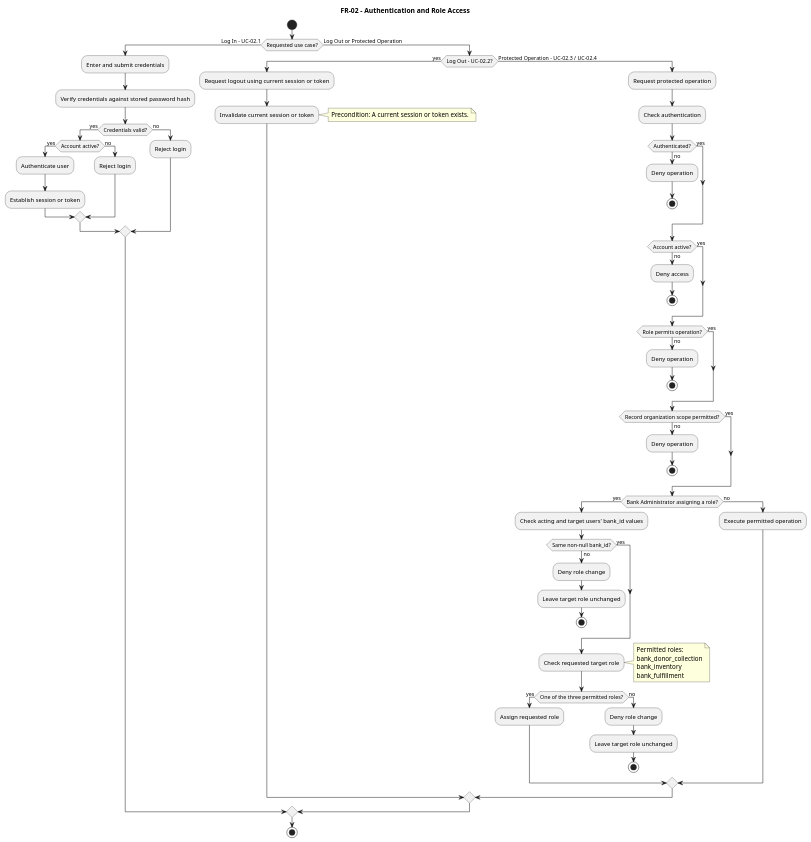
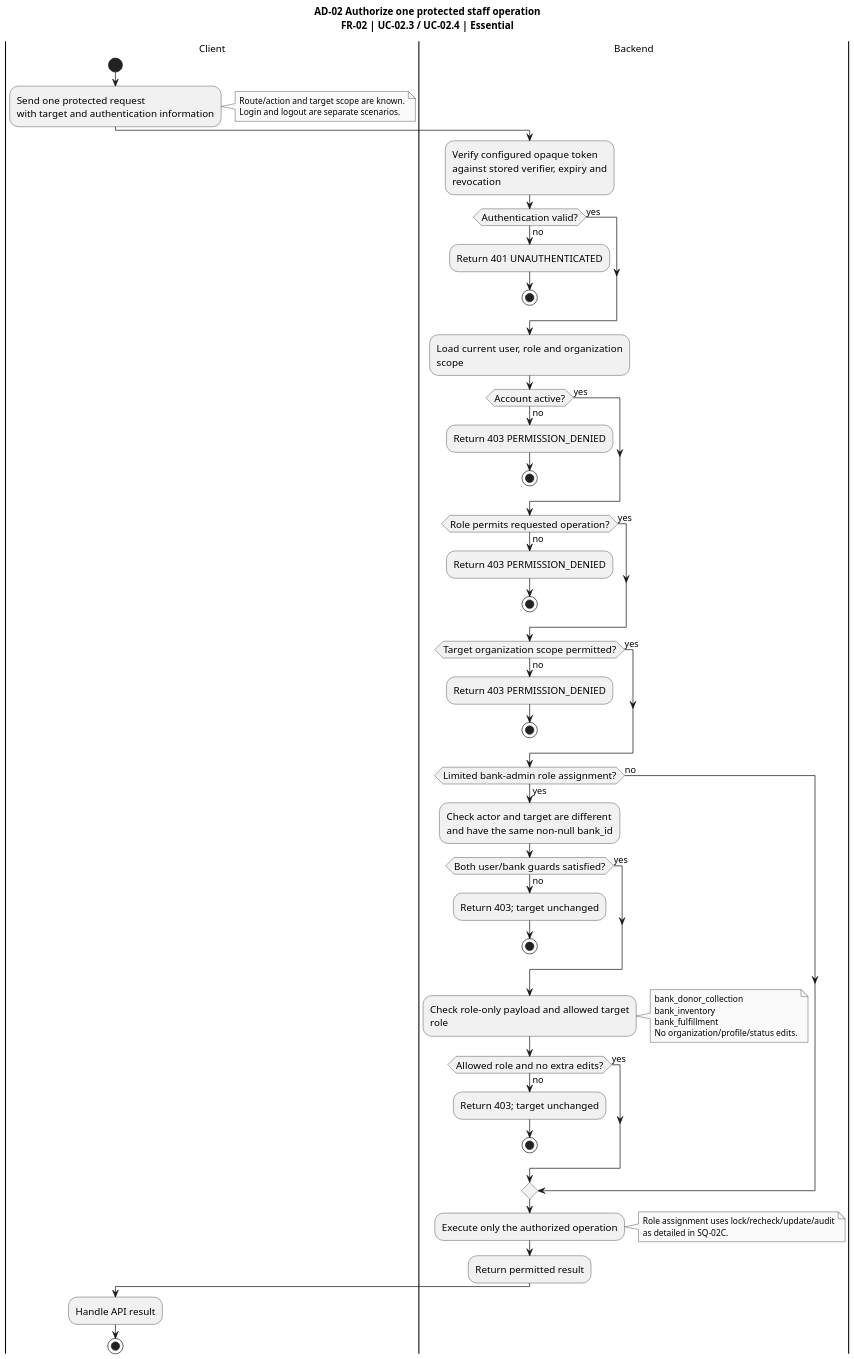
One commit to TitanDevX/BloodBankPlatformUni changed the diagram in docs/uml/Activity/AD-02-AccessCheck.puml. Above: the diagram before and after it, drawn with PlantUML. The commit also changed 42 other files, not shown here.

Commit message:
Update FR-01 and FR-02 UML documentation

```diff
--- a/docs/uml/Activity/AD-02-AccessCheck.puml
+++ b/docs/uml/Activity/AD-02-AccessCheck.puml
@@ -1,75 +1,70 @@
-@startuml FR02_Identity_Activity
-title FR-02 - Authentication and Role Access
+@startuml AD02_Authorize
+title AD-02 Authorize one protected staff operation\nFR-02 | UC-02.3 / UC-02.4 | Essential
+skinparam monochrome true
+skinparam shadowing false
+skinparam defaultFontName Arial
+skinparam defaultFontSize 14
+skinparam ArrowFontSize 13
+skinparam noteFontSize 12
+skinparam dpi 140
+|Client|
 start
-if (Requested use case?) then (Log In - UC-02.1)
-  :Enter and submit credentials;
-  :Verify credentials against stored password hash;
-  if (Credentials valid?) then (yes)
-    if (Account active?) then (yes)
-      :Authenticate user;
-      :Establish session or token;
-    else (no)
-      :Reject login;
-    endif
-  else (no)
-    :Reject login;
-  endif
-else (Log Out or Protected Operation)
-  if (Log Out - UC-02.2?) then (yes)
-    :Request logout using current session or token;
-    :Invalidate current session or token;
-    note right
-      Precondition: A current session or token exists.
-    end note
-  else (Protected Operation - UC-02.3 / UC-02.4)
-    :Request protected operation;
-    :Check authentication;
-    if (Authenticated?) then (yes)
-    else (no)
-      :Deny operation;
-      stop
-    endif
-    if (Account active?) then (yes)
-    else (no)
-      :Deny access;
-      stop
-    endif
-    if (Role permits operation?) then (yes)
-    else (no)
-      :Deny operation;
-      stop
-    endif
-    if (Record organization scope permitted?) then (yes)
-    else (no)
-      :Deny operation;
-      stop
-    endif
-    if (Bank Administrator assigning a role?) then (yes)
-      :Check acting and target users' bank_id values;
-      if (Same non-null bank_id?) then (yes)
-      else (no)
-        :Deny role change;
-        :Leave target role unchanged;
-        stop
-      endif
-      :Check requested target role;
-      note right
-        Permitted roles:
-        bank_donor_collection
-        bank_inventory
-        bank_fulfillment
-      end note
-      if (One of the three permitted roles?) then (yes)
-        :Assign requested role;
-      else (no)
-        :Deny role change;
-        :Leave target role unchanged;
-        stop
-      endif
-    else (no)
-      :Execute permitted operation;
-    endif
-  endif
+:Send one protected request\nwith target and authentication information;
+note right
+ Route/action and target scope are known.
+ Login and logout are separate scenarios.
+end note
+|Backend|
+:Verify configured opaque token\nagainst stored verifier, expiry and\nrevocation;
+if (Authentication valid?) then (yes)
+else (no)
+ :Return 401 UNAUTHENTICATED;
+ stop
 endif
+:Load current user, role and organization\nscope;
+if (Account active?) then (yes)
+else (no)
+ :Return 403 PERMISSION_DENIED;
+ stop
+endif
+if (Role permits requested operation?) then (yes)
+else (no)
+ :Return 403 PERMISSION_DENIED;
+ stop
+endif
+if (Target organization scope permitted?) then (yes)
+else (no)
+ :Return 403 PERMISSION_DENIED;
+ stop
+endif
+if (Limited bank-admin role assignment?) then (yes)
+ :Check actor and target are different\nand have the same non-null bank_id;
+ if (Both user/bank guards satisfied?) then (yes)
+ else (no)
+  :Return 403; target unchanged;
+  stop
+ endif
+ :Check role-only payload and allowed target\nrole;
+ note right
+  bank_donor_collection
+  bank_inventory
+  bank_fulfillment
+  No organization/profile/status edits.
+ end note
+ if (Allowed role and no extra edits?) then (yes)
+ else (no)
+  :Return 403; target unchanged;
+  stop
+ endif
+else (no)
+endif
+:Execute only the authorized operation;
+note right
+ Role assignment uses lock/recheck/update/audit
+ as detailed in SQ-02C.
+end note
+:Return permitted result;
+|Client|
+:Handle API result;
 stop
 @enduml
```
